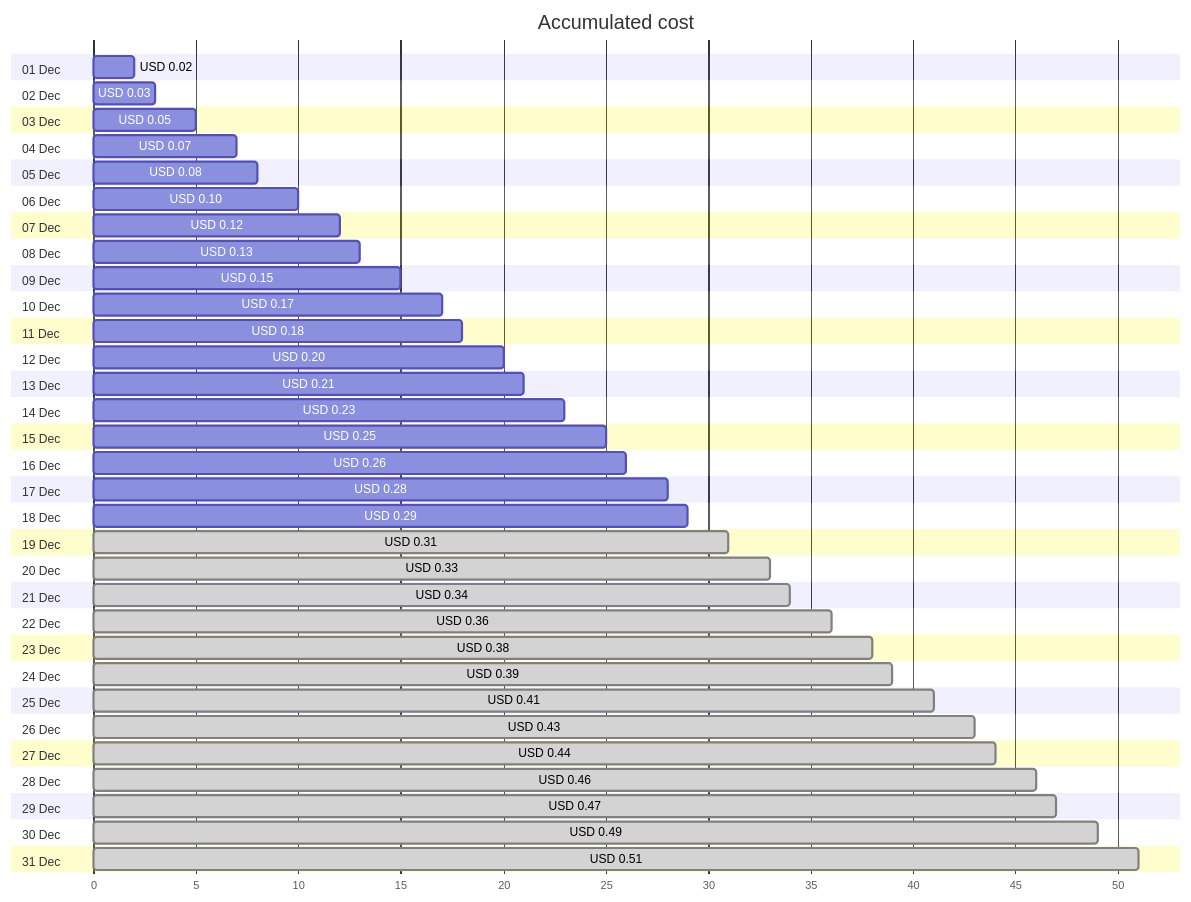
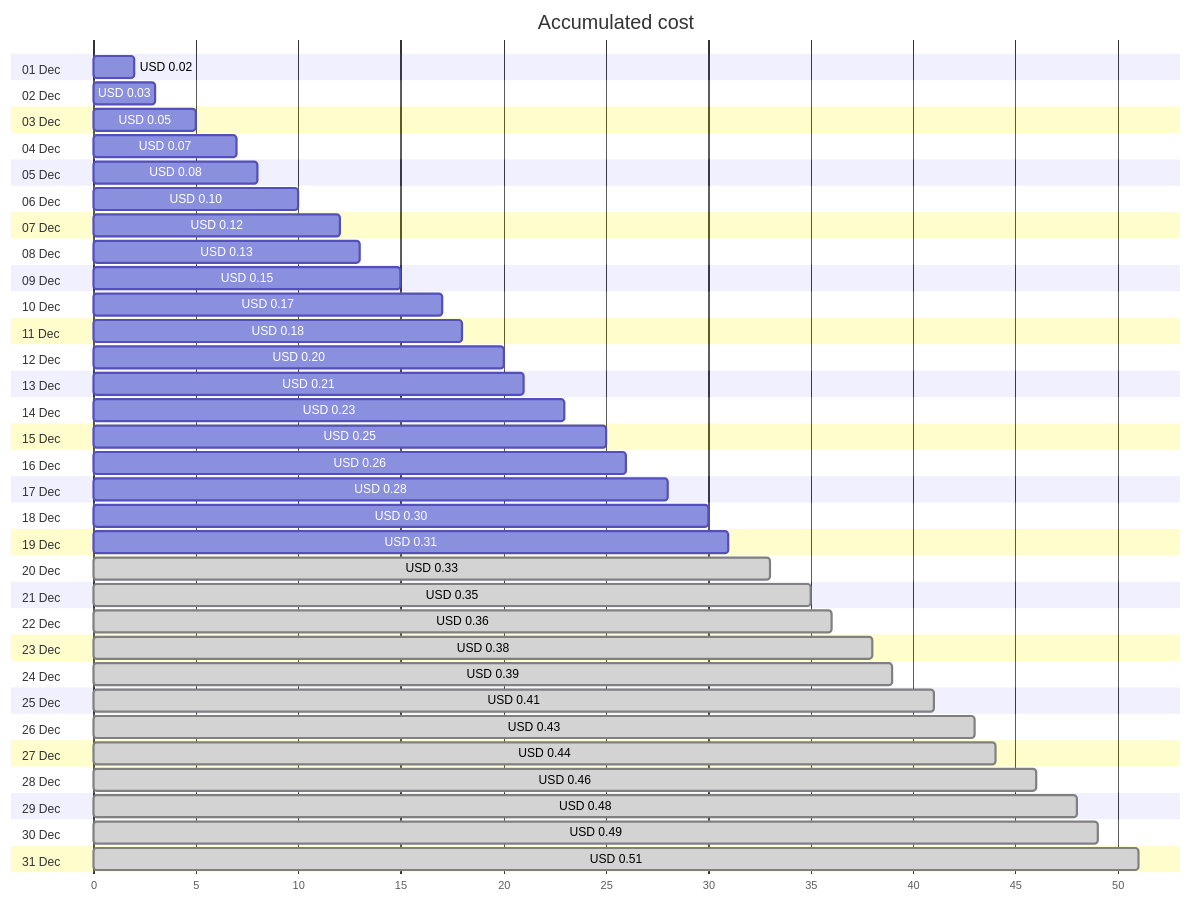
The first of 4 diagrams in cost-reports/personal-dns/jpatrickfulton.dev.md (jpfulton/azure-personal-reports), drawn with Mermaid before and after one commit. The commit also changed other lines of this file and 2 other files, not shown here.

````diff
--- a/cost-reports/personal-dns/jpatrickfulton.dev.md
+++ b/cost-reports/personal-dns/jpatrickfulton.dev.md
@@ -20,68 +20,68 @@
 ```mermaid
 gantt
    title Accumulated cost
    dateFormat  X
    axisFormat %s
    section 01 Dec
    USD 0.02 :0, 2
    section 02 Dec
    USD 0.03 :0, 3
    section 03 Dec
    USD 0.05 :0, 5
    section 04 Dec
    USD 0.07 :0, 7
    section 05 Dec
    USD 0.08 :0, 8
    section 06 Dec
    USD 0.10 :0, 10
    section 07 Dec
    USD 0.12 :0, 12
    section 08 Dec
    USD 0.13 :0, 13
    section 09 Dec
    USD 0.15 :0, 15
    section 10 Dec
    USD 0.17 :0, 17
    section 11 Dec
    USD 0.18 :0, 18
    section 12 Dec
    USD 0.20 :0, 20
    section 13 Dec
    USD 0.21 :0, 21
    section 14 Dec
    USD 0.23 :0, 23
    section 15 Dec
    USD 0.25 :0, 25
    section 16 Dec
    USD 0.26 :0, 26
    section 17 Dec
    USD 0.28 :0, 28
    section 18 Dec
-   USD 0.29 :0, 29
+   USD 0.30 :0, 30
    section 19 Dec
-   USD 0.31 : done, 0, 31
+   USD 0.31 :0, 31
    section 20 Dec
    USD 0.33 : done, 0, 33
    section 21 Dec
-   USD 0.34 : done, 0, 34
+   USD 0.35 : done, 0, 35
    section 22 Dec
    USD 0.36 : done, 0, 36
    section 23 Dec
    USD 0.38 : done, 0, 38
    section 24 Dec
    USD 0.39 : done, 0, 39
    section 25 Dec
    USD 0.41 : done, 0, 41
    section 26 Dec
    USD 0.43 : done, 0, 43
    section 27 Dec
    USD 0.44 : done, 0, 44
    section 28 Dec
    USD 0.46 : done, 0, 46
    section 29 Dec
-   USD 0.47 : done, 0, 47
+   USD 0.48 : done, 0, 48
    section 30 Dec
    USD 0.49 : done, 0, 49
    section 31 Dec
    USD 0.51 : done, 0, 51
 ```
````
